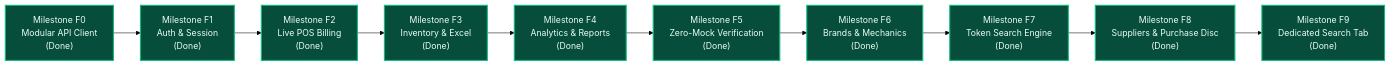
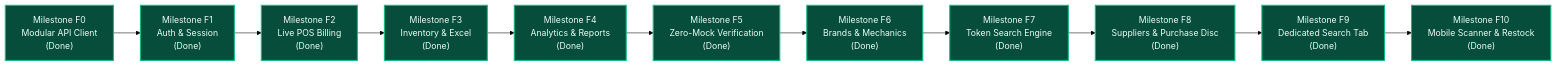
Before and after one commit to biswajit-rout/PartShop: the diagram in docs/frontend-development-milestones.md, drawn with Mermaid (forest theme). The commit also changed other lines of this file and 47 other files, not shown here.

Commit message:
Milestone-10-Mobile barcode scanner and realtime stock flow completed.

````diff
--- a/docs/frontend-development-milestones.md
+++ b/docs/frontend-development-milestones.md
@@ -18,18 +18,19 @@
 ```mermaid
 flowchart LR
     F0["Milestone F0<br/>Modular API Client<br/>(Done)"] --> F1["Milestone F1<br/>Auth & Session<br/>(Done)"]
     F1 --> F2["Milestone F2<br/>Live POS Billing<br/>(Done)"]
     F2 --> F3["Milestone F3<br/>Inventory & Excel<br/>(Done)"]
     F3 --> F4["Milestone F4<br/>Analytics & Reports<br/>(Done)"]
     F4 --> F5["Milestone F5<br/>Zero-Mock Verification<br/>(Done)"]
     F5 --> F6["Milestone F6<br/>Brands & Mechanics<br/>(Done)"]
     F6 --> F7["Milestone F7<br/>Token Search Engine<br/>(Done)"]
     F7 --> F8["Milestone F8<br/>Suppliers & Purchase Disc<br/>(Done)"]
     F8 --> F9["Milestone F9<br/>Dedicated Search Tab<br/>(Done)"]
+    F9 --> F10["Milestone F10<br/>Mobile Scanner & Restock<br/>(Done)"]
 
     classDef done fill:#064e3b,stroke:#10b981,stroke-width:2px,color:#ecfdf5;
     classDef current fill:#1e1b4b,stroke:#a855f7,stroke-width:2px,color:#cbd5e1;
     classDef pending fill:#0f172a,stroke:#64748b,stroke-width:1px,color:#94a3b8;
 
-    class F0,F1,F2,F3,F4,F5,F6,F7,F8,F9 done;
+    class F0,F1,F2,F3,F4,F5,F6,F7,F8,F9,F10 done;
 ```
````
